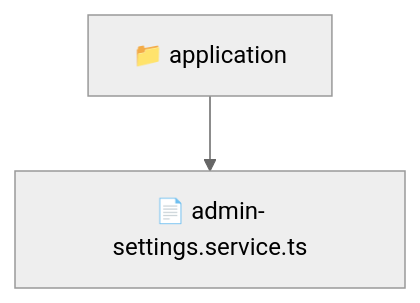
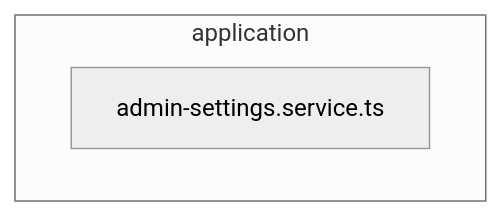
The diagram in backend/src/modules/admin-settings/application/README.md (beginwebdev2002/fullstack-mavluda), drawn with Mermaid (neutral theme) before and after one commit. The commit also changed other lines of this file and 163 other files, not shown here.

````diff
--- a/backend/src/modules/admin-settings/application/README.md
+++ b/backend/src/modules/admin-settings/application/README.md
@@ -9,5 +15,6 @@
 ```mermaid
 graph TD
-  Root["📁 application"]
-  Root --> admin_settings_service_ts["📄 admin-settings.service.ts"]
+  subgraph application
+    admin_settings_service_ts["admin-settings.service.ts"]
+  end
 ```
````
